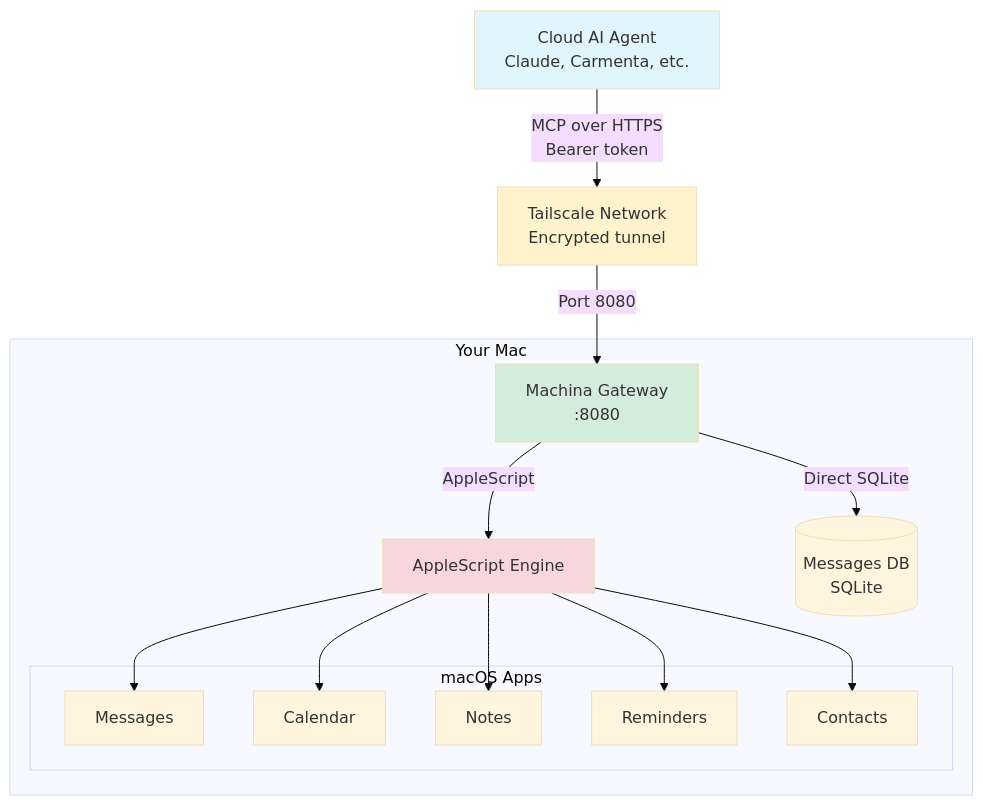
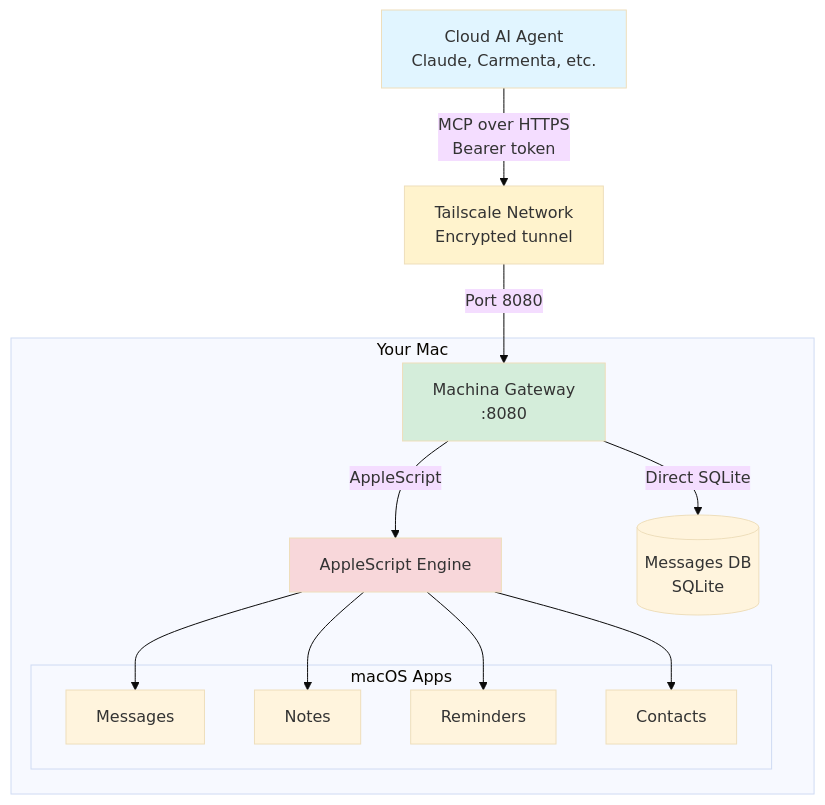
One commit to TechNickAI/machina changed the diagram in README.md. Above: the diagram before and after it, drawn with Mermaid (base theme). The commit also changed other lines of this file, not shown here.

Commit message:
Remove Calendar and Gmail from scope
Focus on core capabilities:
- iMessage (messages)
- Notes
- Reminders
- Contacts
- WhatsApp (planned)

Calendar and Gmail are out of scope.

````diff
--- a/README.md
+++ b/README.md
@@ -104,35 +102,33 @@
 ```mermaid
 graph TB
     AI[Cloud AI Agent<br/>Claude, Carmenta, etc.]
     TS[Tailscale Network<br/>Encrypted tunnel]
     GW[Machina Gateway<br/>:8080]
 
     subgraph "Your Mac"
         GW
         AS[AppleScript Engine]
         DB[(Messages DB<br/>SQLite)]
 
         subgraph "macOS Apps"
             MSG[Messages]
-            CAL[Calendar]
             NOTES[Notes]
             REM[Reminders]
             CONT[Contacts]
         end
     end
 
     AI -->|MCP over HTTPS<br/>Bearer token| TS
     TS -->|Port 8080| GW
     GW -->|Direct SQLite| DB
     GW -->|AppleScript| AS
     AS --> MSG
-    AS --> CAL
     AS --> NOTES
     AS --> REM
     AS --> CONT
 
     style AI fill:#e1f5ff
     style TS fill:#fff3cd
     style GW fill:#d4edda
     style AS fill:#f8d7da
 ```
````
